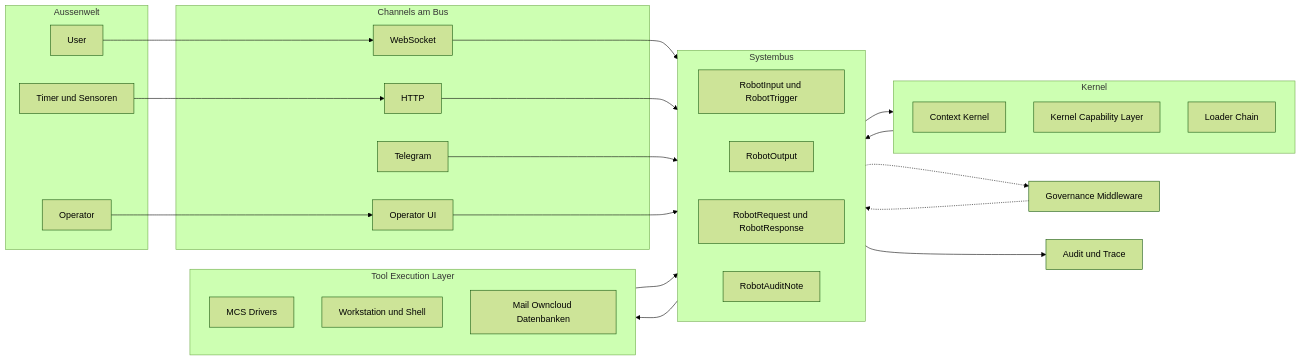
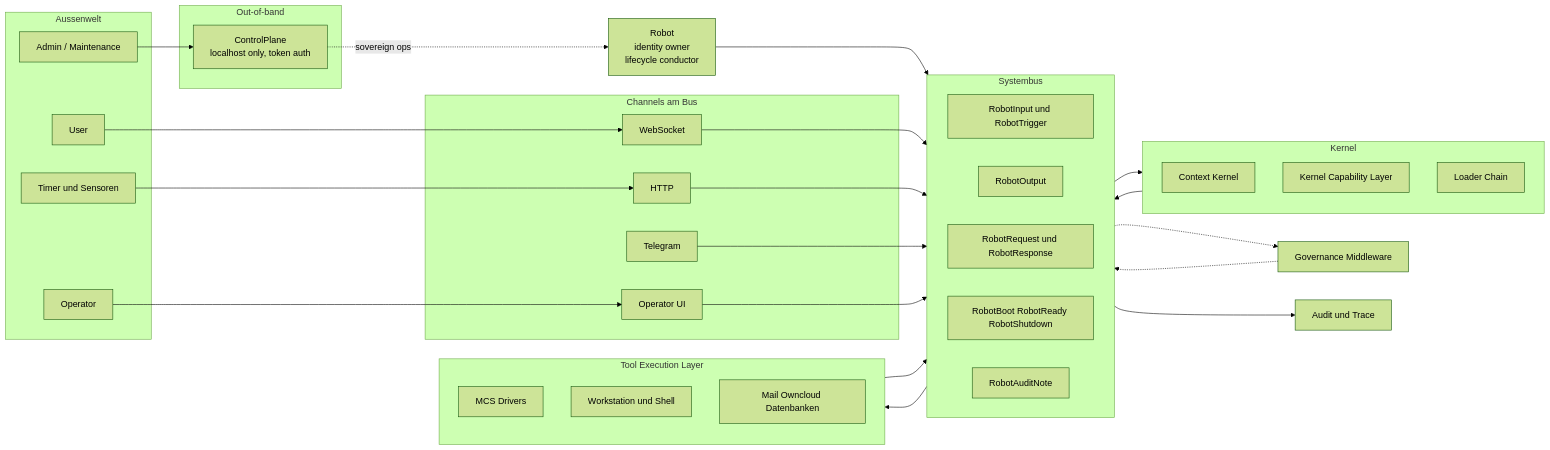
Before and after one commit to octaro-ai/cephix: the diagram in docs/architecture/robot-os-target.md, drawn with Mermaid (forest theme). The commit also changed other lines of this file and 24 other files, not shown here.

First line of the commit message:
Enhance robot architecture with control plane and identity management

````diff
--- a/docs/architecture/robot-os-target.md
+++ b/docs/architecture/robot-os-target.md
@@ -32,55 +32,64 @@
 ```mermaid
 flowchart LR
   subgraph external [Aussenwelt]
     user["User"]
     timer["Timer und Sensoren"]
     operator["Operator"]
+    admin["Admin / Maintenance"]
   end
 
   subgraph channels [Channels am Bus]
     ws["WebSocket"]
     http["HTTP"]
     tg["Telegram"]
     op["Operator UI"]
   end
 
+  subgraph oob [Out-of-band]
+    cp["ControlPlane<br/>localhost only, token auth"]
+  end
+
   subgraph bus [Systembus]
     direction LR
     topicInput["RobotInput und RobotTrigger"]
     topicOutput["RobotOutput"]
     topicReqRes["RobotRequest und RobotResponse"]
+    topicLifecycle["RobotBoot RobotReady RobotShutdown"]
     topicAudit["RobotAuditNote"]
   end
 
   subgraph kernelSide [Kernel]
     kernel["Context Kernel"]
     capabilities["Kernel Capability Layer"]
     loaders["Loader Chain"]
   end
 
   subgraph world [Tool Execution Layer]
     mcs["MCS Drivers"]
     workstation["Workstation und Shell"]
     integrations["Mail Owncloud Datenbanken"]
   end
 
   governance["Governance Middleware"]
   audit["Audit und Trace"]
 
   user --> ws
   operator --> op
   timer --> http
+  admin --> cp
+  cp -.->|sovereign ops| robot["Robot<br/>identity owner<br/>lifecycle conductor"]
+  robot --> bus
   ws --> bus
   http --> bus
   tg --> bus
   op --> bus
 
   bus --> kernelSide
   kernelSide --> bus
   bus --> world
   world --> bus
 
   bus -.-> governance
   governance -.-> bus
   bus --> audit
 ```
````
